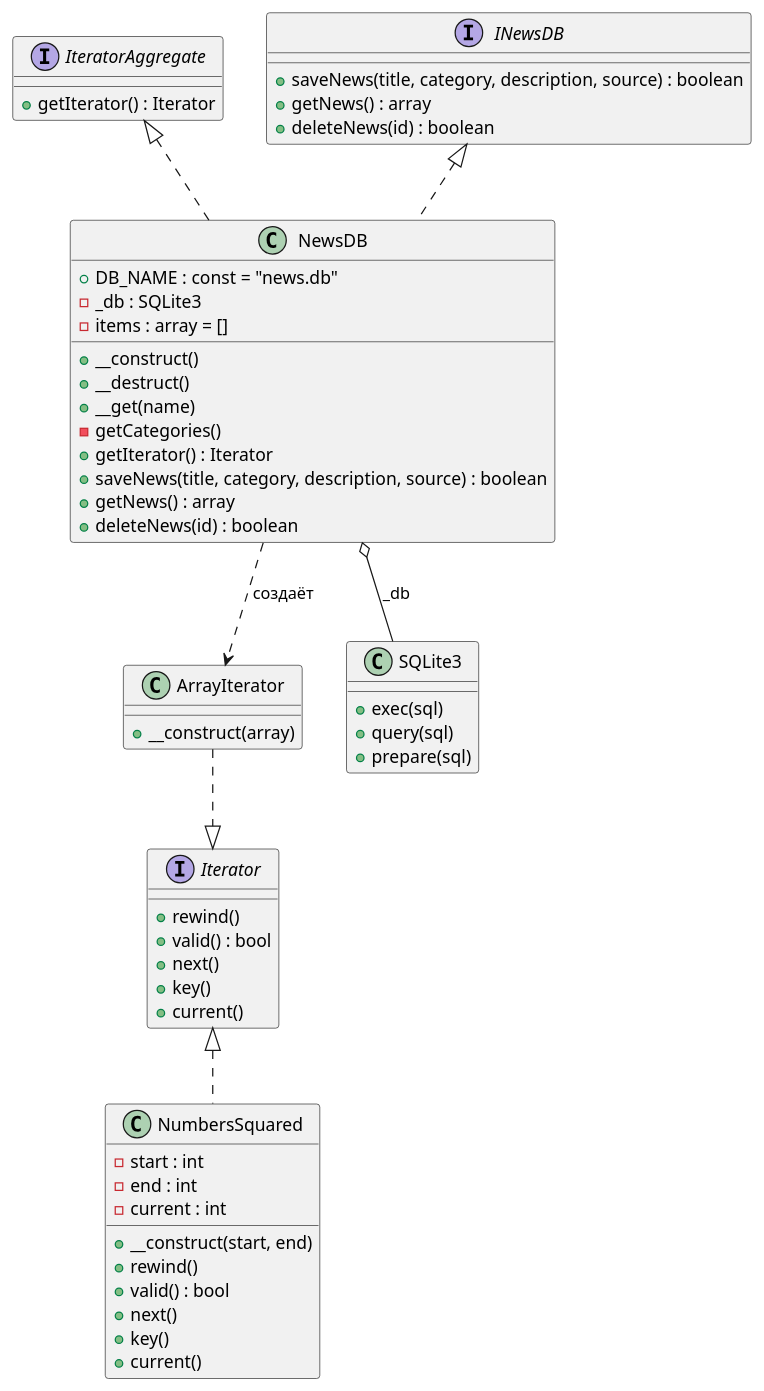
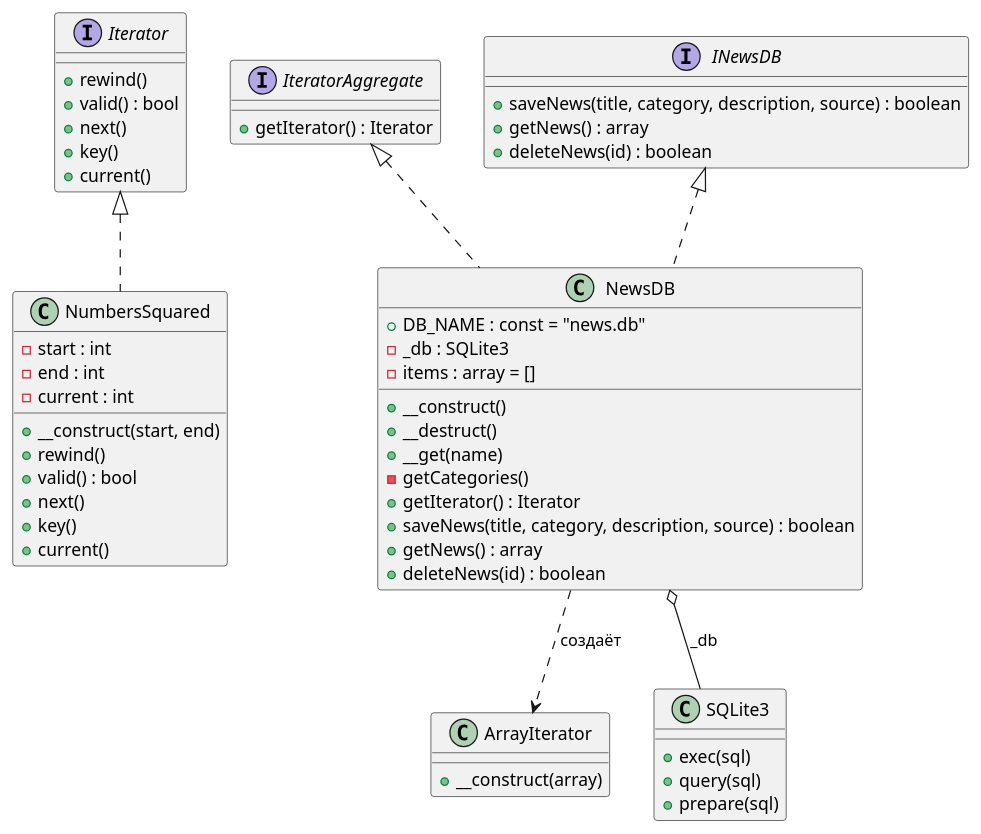
The diagram in lab4/lab4.puml (VikaIz/web), drawn with PlantUML before and after one commit.

```diff
--- a/lab4/lab4.puml
+++ b/lab4/lab4.puml
@@ -1,62 +1,62 @@
 @startuml
 interface Iterator {
     +rewind()
     +valid() : bool
     +next()
     +key()
     +current()
 }
 
 interface IteratorAggregate {
     +getIterator() : Iterator
 }
 
 interface INewsDB {
     +saveNews(title, category, description, source) : boolean
     +getNews() : array
     +deleteNews(id) : boolean
 }
 
 class NumbersSquared {
     -start : int
     -end : int
     -current : int
     +__construct(start, end)
     +rewind()
     +valid() : bool
     +next()
     +key()
     +current()
 }
 
 class NewsDB {
     + DB_NAME : const = "news.db"
     -_db : SQLite3
     -items : array = []
     +__construct()
     +__destruct()
     +__get(name)
     -getCategories()
     +getIterator() : Iterator
     +saveNews(title, category, description, source) : boolean
     +getNews() : array
     +deleteNews(id) : boolean
 }
 
 class ArrayIterator {
     +__construct(array)
 }
 
 class SQLite3 {
     +exec(sql)
     +query(sql)
     +prepare(sql)
 }
 
 Iterator <|.. NumbersSquared
 IteratorAggregate <|.. NewsDB
 INewsDB <|.. NewsDB
 NewsDB o-- SQLite3 : _db
 NewsDB ..> ArrayIterator : создаёт
-ArrayIterator ..|> Iterator
+
 @enduml
```
